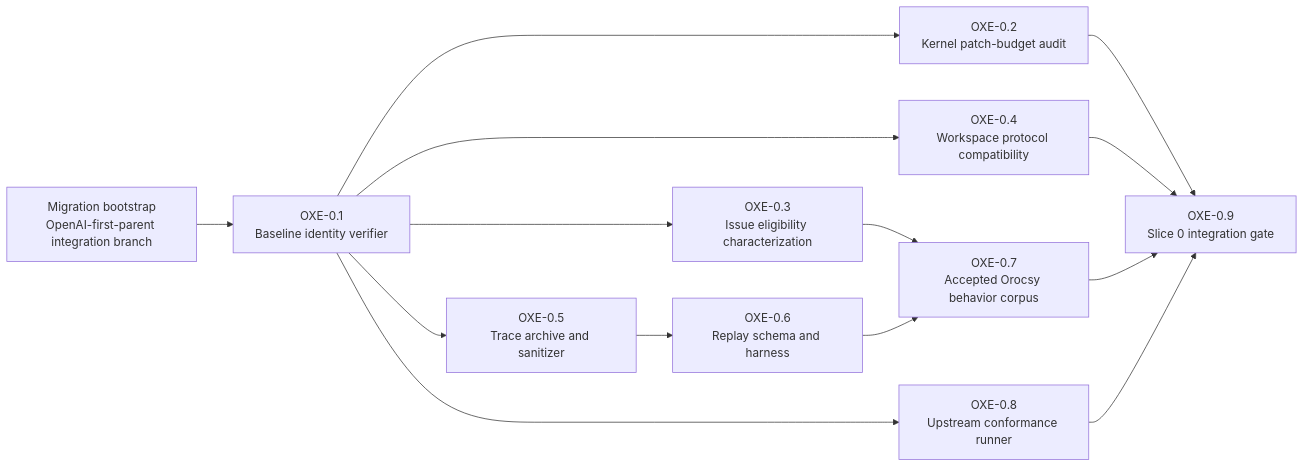
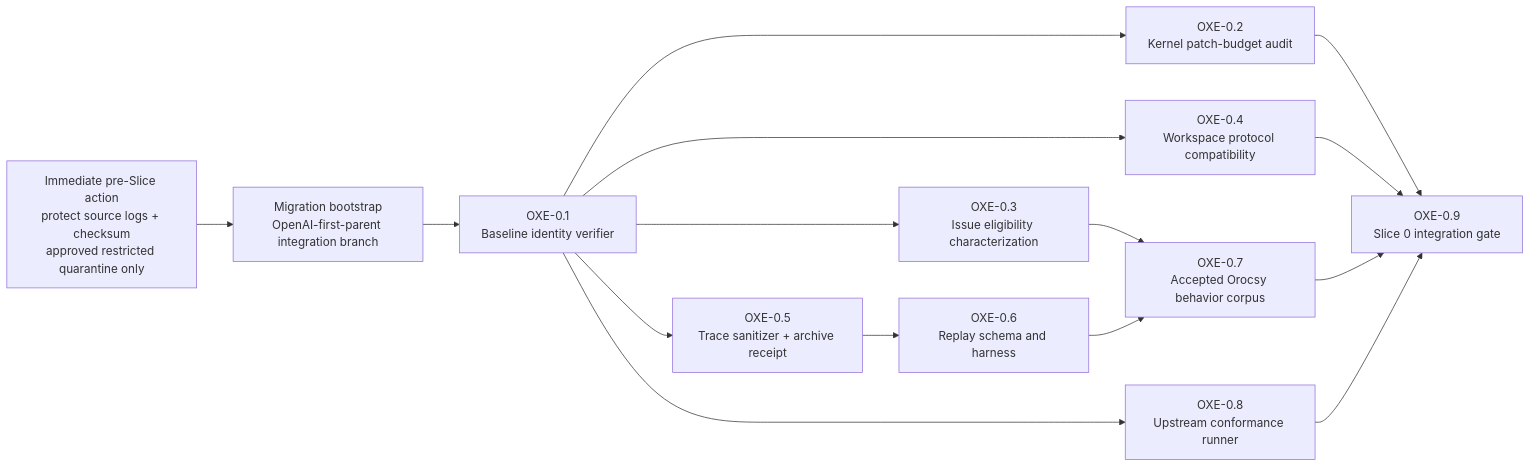
Before and after one commit to orocsy/symphony: the first of 2 diagrams in elixir/docs/openai_extension_miu_technical_design.md, drawn with Mermaid. The commit also changed other lines of this file and 5 other files, not shown here.

First line of the commit message:
docs(architecture): finalize OXE-0.1 review

````diff
--- a/elixir/docs/openai_extension_miu_technical_design.md
+++ b/elixir/docs/openai_extension_miu_technical_design.md
@@ -49,27 +51,29 @@
 ```mermaid
 flowchart LR
+  Preserve["Immediate pre-Slice action\nprotect source logs + checksum\napproved restricted quarantine only"]
   Bootstrap["Migration bootstrap\nOpenAI-first-parent integration branch"]
   Baseline["OXE-0.1\nBaseline identity verifier"]
   Budget["OXE-0.2\nKernel patch-budget audit"]
   Eligibility["OXE-0.3\nIssue eligibility characterization"]
   Protocol["OXE-0.4\nWorkspace protocol compatibility"]
-  Corpus["OXE-0.5\nTrace archive and sanitizer"]
+  Sanitizer["OXE-0.5\nTrace sanitizer + archive receipt"]
   Replay["OXE-0.6\nReplay schema and harness"]
   Behavior["OXE-0.7\nAccepted Orocsy behavior corpus"]
   Conformance["OXE-0.8\nUpstream conformance runner"]
   Gate["OXE-0.9\nSlice 0 integration gate"]
 
+  Preserve --> Bootstrap
   Bootstrap --> Baseline
   Baseline --> Budget
   Baseline --> Eligibility
   Baseline --> Protocol
-  Baseline --> Corpus
+  Baseline --> Sanitizer
   Baseline --> Conformance
-  Corpus --> Replay
+  Sanitizer --> Replay
   Eligibility --> Behavior
   Replay --> Behavior
   Budget --> Gate
   Protocol --> Gate
   Behavior --> Gate
   Conformance --> Gate
 ```
````
